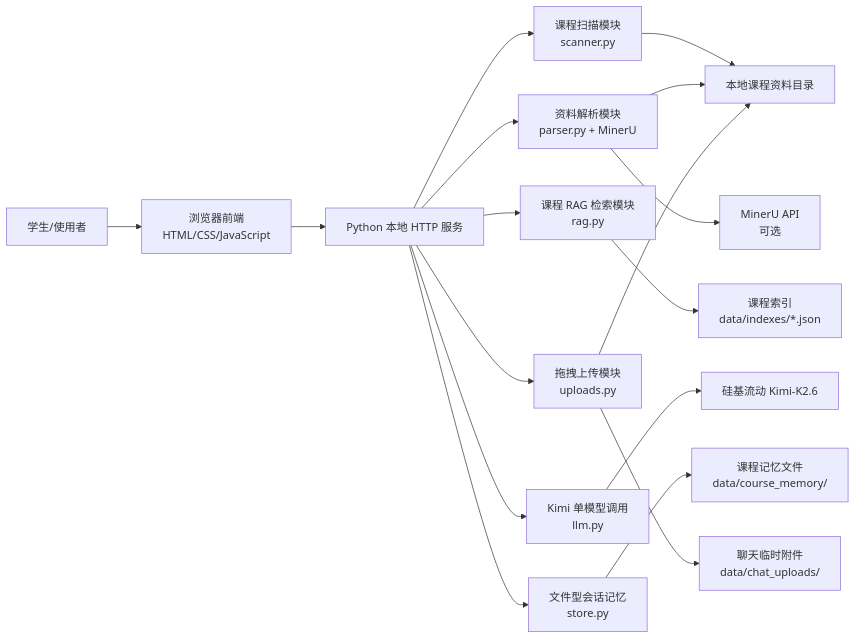
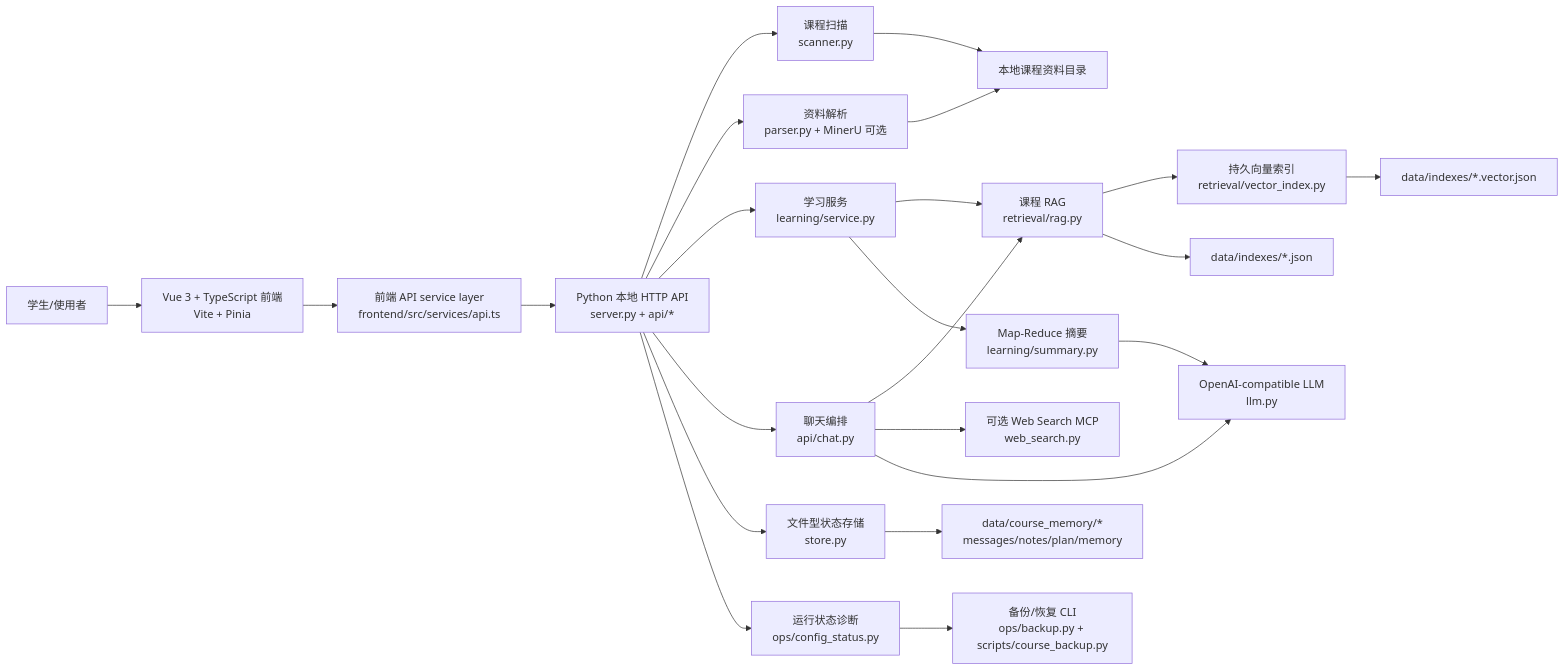
The first of 9 diagrams in docs/系统设计.md (LuMH1027/ai-learn-assistant), drawn with Mermaid before and after one commit. The commit also changed other lines of this file and 26 other files, not shown here.

````diff
--- a/docs/系统设计.md
+++ b/docs/系统设计.md
@@ -7,21 +7,28 @@
 ```mermaid
 flowchart LR
-    User["学生/使用者"] --> Browser["浏览器前端<br/>HTML/CSS/JavaScript"]
-    Browser --> API["Python 本地 HTTP 服务"]
+    User["学生/使用者"] --> Browser["Vue 3 + TypeScript 前端<br/>Vite + Pinia"]
+    Browser --> FrontApi["前端 API service layer<br/>frontend/src/services/api.ts"]
+    FrontApi --> API["Python 本地 HTTP API<br/>server.py + api/*"]
 
-    API --> Scanner["课程扫描模块<br/>scanner.py"]
-    API --> Parser["资料解析模块<br/>parser.py + MinerU"]
-    API --> RAG["课程 RAG 检索模块<br/>rag.py"]
-    API --> LLM["Kimi 单模型调用<br/>llm.py"]
-    API --> Store["文件型会话记忆<br/>store.py"]
-    API --> Upload["拖拽上传模块<br/>uploads.py"]
+    API --> Scanner["课程扫描<br/>scanner.py"]
+    API --> Parser["资料解析<br/>parser.py + MinerU 可选"]
+    API --> Learning["学习服务<br/>learning/service.py"]
+    API --> Chat["聊天编排<br/>api/chat.py"]
+    API --> Store["文件型状态存储<br/>store.py"]
+    API --> Ops["运行状态诊断<br/>ops/config_status.py"]
+
+    Learning --> RAG["课程 RAG<br/>retrieval/rag.py"]
+    Chat --> RAG
+    Chat --> WebSearch["可选 Web Search MCP<br/>web_search.py"]
+    Chat --> LLM["OpenAI-compatible LLM<br/>llm.py"]
+    Learning --> Summary["Map-Reduce 摘要<br/>learning/summary.py"]
+    Summary --> LLM
+    RAG --> Vector["持久向量索引<br/>retrieval/vector_index.py"]
 
     Scanner --> CourseFiles["本地课程资料目录"]
     Parser --> CourseFiles
-    Upload --> CourseFiles
-    Upload --> ChatUploads["聊天临时附件<br/>data/chat_uploads/"]
-    RAG --> Index["课程索引<br/>data/indexes/*.json"]
-    Store --> MemoryFiles["课程记忆文件<br/>data/course_memory/"]
-    LLM --> Kimi["硅基流动 Kimi-K2.6"]
-    Parser --> MinerU["MinerU API<br/>可选"]
+    Store --> DataFiles["data/course_memory/*<br/>messages/notes/plan/memory"]
+    RAG --> JsonIndex["data/indexes/*.json"]
+    Vector --> VectorIndex["data/indexes/*.vector.json"]
+    Ops --> Backup["备份/恢复 CLI<br/>ops/backup.py + scripts/course_backup.py"]
 ```
````
